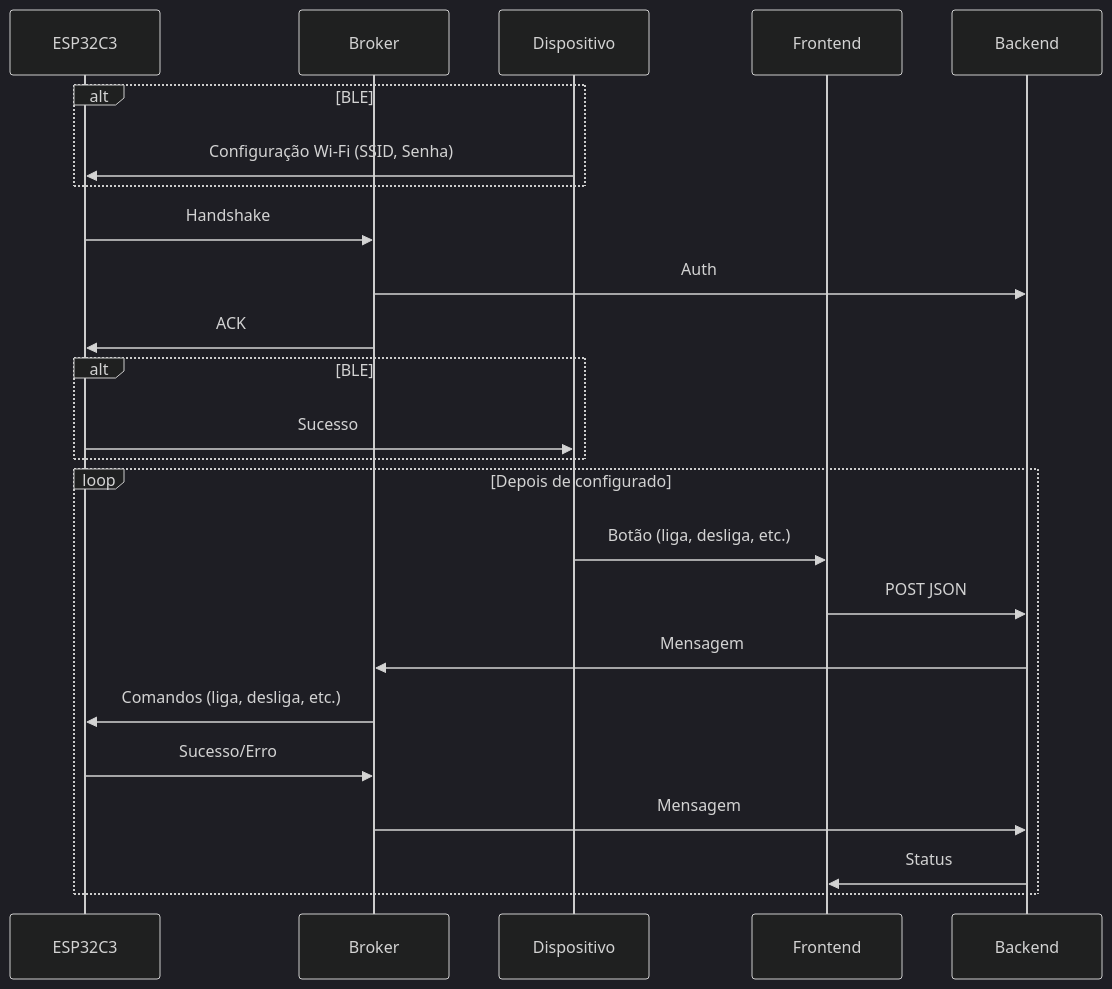
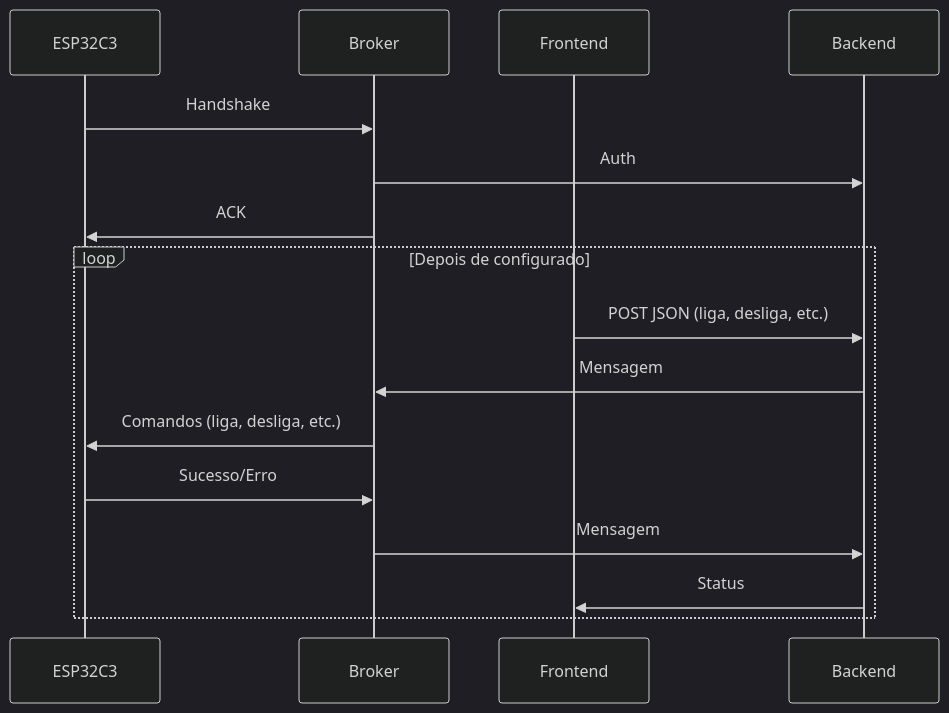
The diagram in tomada/README.md (Juliapixel/projeto_goodwe), drawn with Mermaid (dark theme) before and after one commit.

Commit message:
doc(tomada): remover dispositivo do diagrama de fluxo

````diff
--- a/tomada/README.md
+++ b/tomada/README.md
@@ -81,26 +81,18 @@
 ```mermaid
 sequenceDiagram
     participant E as ESP32C3
     participant BR as Broker
-    participant U as Dispositivo
     participant F as Frontend
     participant B as Backend
-    alt BLE
-    U ->> E: Configuração Wi-Fi (SSID, Senha)
-    end
     E ->> BR: Handshake
     BR ->> B: Auth
     BR ->> E: ACK
-    alt BLE
-    E ->> U: Sucesso
-    end
     loop Depois de configurado
-    U ->> F: Botão (liga, desliga, etc.)
-    F ->> B: POST JSON
+    F ->> B: POST JSON (liga, desliga, etc.)
     B ->> BR: Mensagem
     BR ->> E: Comandos (liga, desliga, etc.)
     E ->> BR: Sucesso/Erro
     BR ->> B: Mensagem
     B ->> F: Status
     end
 ```
````
